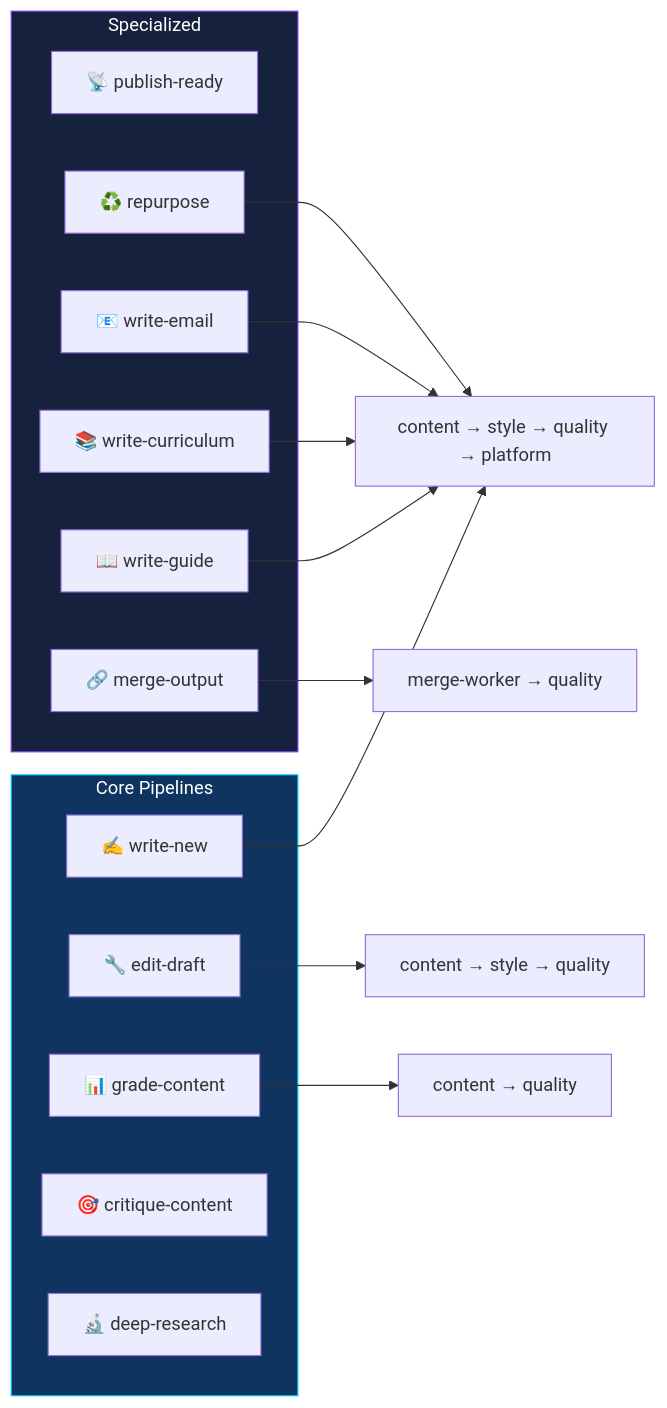
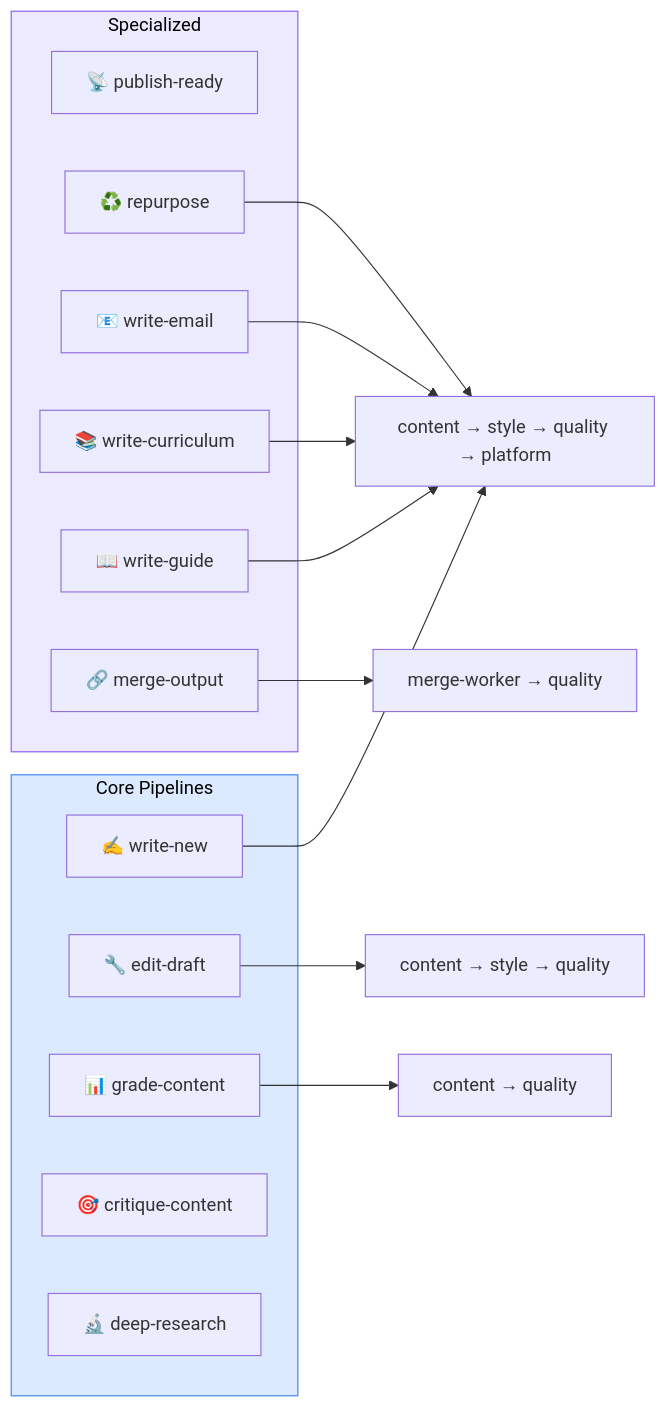
The fourth of 7 diagrams in README.md (xaotiensinh-abm/viet-chuyen-nghiep), drawn with Mermaid before and after one commit. The commit also changed other lines of this file, not shown here.

Commit message:
🎨 Fix Mermaid colors — light palette for GitHub dark/light theme compatibility

````diff
--- a/README.md
+++ b/README.md
@@ -272,31 +274,31 @@
 ```mermaid
 flowchart LR
     subgraph CORE["Core Pipelines"]
         P1["✍️ write-new"]
         P2["🔧 edit-draft"]
         P3["📊 grade-content"]
         P4["🎯 critique-content"]
         P5["🔬 deep-research"]
     end
 
     subgraph SPECIALIZED["Specialized"]
         P6["📡 publish-ready"]
         P7["♻️ repurpose"]
         P8["📧 write-email"]
         P9["📚 write-curriculum"]
         P10["📖 write-guide"]
         P11["🔗 merge-output"]
     end
 
     P1 --> FLOW1["content → style → quality → platform"]
     P2 --> FLOW2["content → style → quality"]
     P3 --> FLOW3["content → quality"]
     P7 --> FLOW1
     P8 --> FLOW1
     P9 --> FLOW1
     P10 --> FLOW1
     P11 --> FLOW4["merge-worker → quality"]
 
-    style CORE fill:#0f3460,stroke:#00d2ff,color:#fff
-    style SPECIALIZED fill:#16213e,stroke:#7C3AED,color:#fff
+    style CORE fill:#dbeafe,stroke:#3b82f6,color:#000
+    style SPECIALIZED fill:#ede9fe,stroke:#8b5cf6,color:#000
 ```
````
